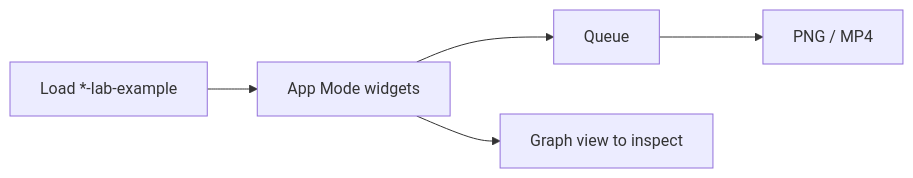
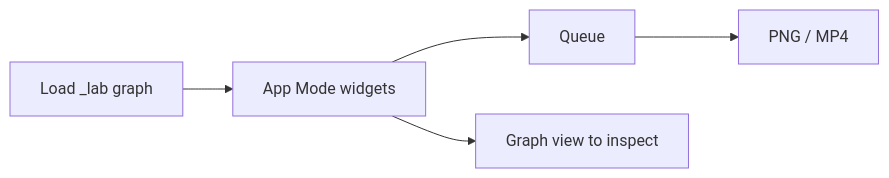
Before and after one commit to toxicoder/ez-comfy-stack: the diagram in docs/studio-apps.md, drawn with Mermaid. The commit also changed other lines of this file and 726 other files, not shown here.

````diff
--- a/docs/studio-apps.md
+++ b/docs/studio-apps.md
@@ -29,7 +29,7 @@
 ```mermaid
 flowchart LR
-  Load["Load *-lab-example"] --> App["App Mode widgets"]
+  Load["Load _lab graph"] --> App["App Mode widgets"]
   App --> Queue["Queue"]
   Queue --> Out["PNG / MP4"]
   App --> Graph["Graph view to inspect"]
 ```
````
